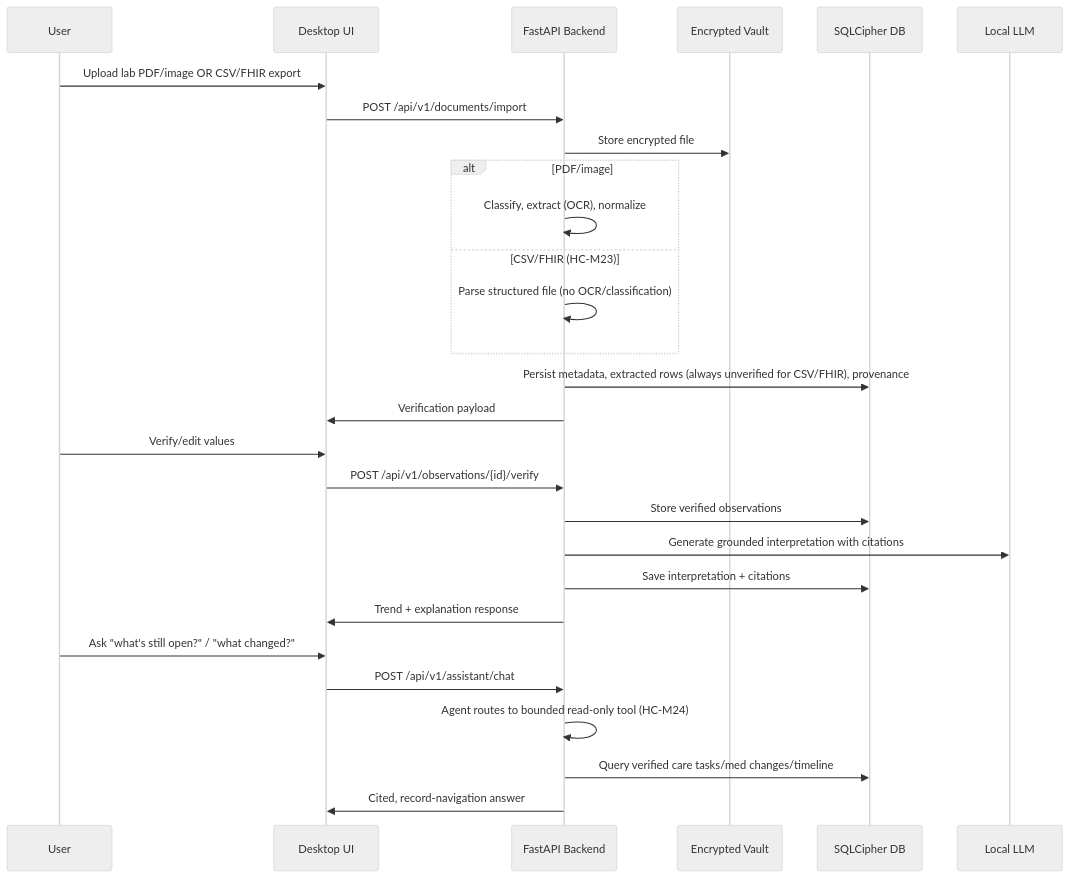
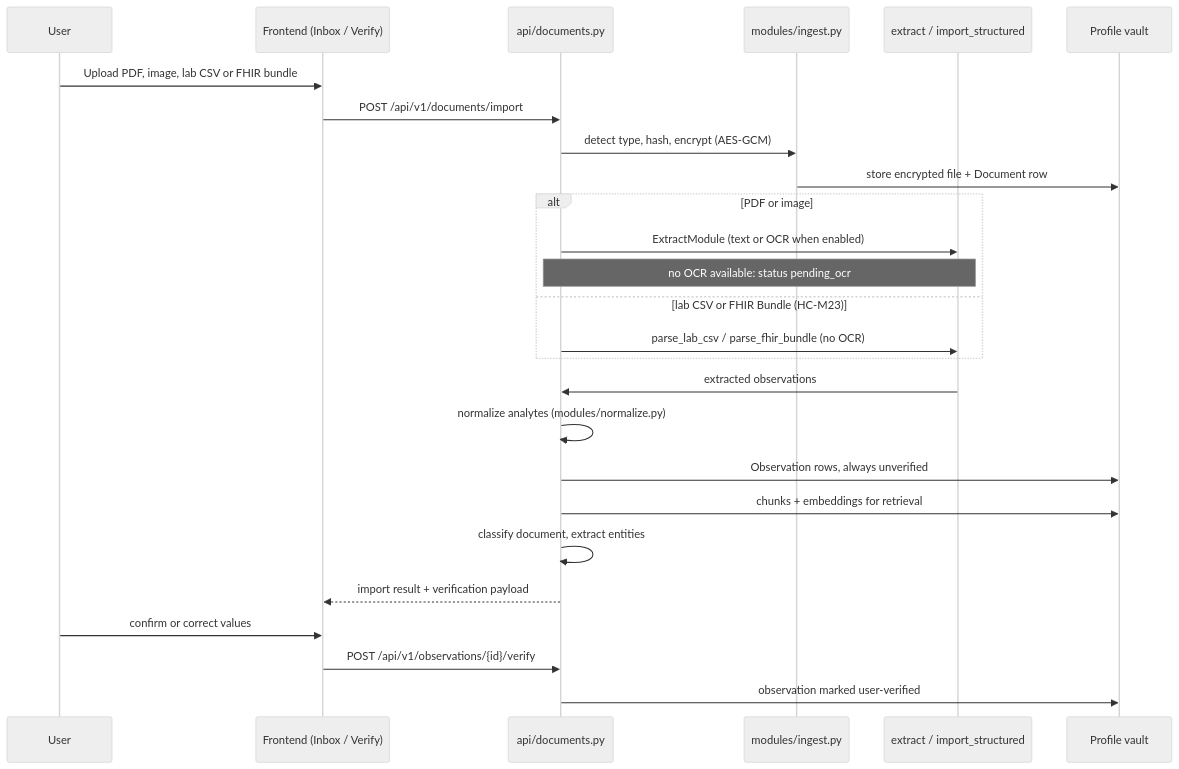
The third of 4 diagrams in README.md (BrooklynD23/HealthCentral), drawn with Mermaid (neutral theme) before and after one commit. The commit also changed other lines of this file and 11 other files, not shown here.

First line of the commit message:
docs: refresh README and architecture docs against the code

````diff
--- a/README.md
+++ b/README.md
@@ -166,31 +99,29 @@
 ```mermaid
 sequenceDiagram
     participant User
-    participant UI as Desktop UI
-    participant API as FastAPI Backend
-    participant Vault as Encrypted Vault
-    participant DB as SQLCipher DB
-    participant LLM as Local LLM
+    participant UI as Frontend (Inbox / Verify)
+    participant API as api/documents.py
+    participant Ingest as modules/ingest.py
+    participant Extract as extract / import_structured
+    participant Vault as Profile vault
 
-    User->>UI: Upload lab PDF/image OR CSV/FHIR export
+    User->>UI: Upload PDF, image, lab CSV or FHIR bundle
     UI->>API: POST /api/v1/documents/import
-    API->>Vault: Store encrypted file
-    alt PDF/image
-        API->>API: Classify, extract (OCR), normalize
-    else CSV/FHIR (HC-M23)
-        API->>API: Parse structured file (no OCR/classification)
+    API->>Ingest: detect type, hash, encrypt (AES-GCM)
+    Ingest->>Vault: store encrypted file + Document row
+    alt PDF or image
+        API->>Extract: ExtractModule (text or OCR when enabled)
+        Note over API,Extract: no OCR available: status pending_ocr
+    else lab CSV or FHIR Bundle (HC-M23)
+        API->>Extract: parse_lab_csv / parse_fhir_bundle (no OCR)
     end
-    API->>DB: Persist metadata, extracted rows (always unverified for CSV/FHIR), provenance
-    API->>UI: Verification payload
-    User->>UI: Verify/edit values
+    Extract->>API: extracted observations
+    API->>API: normalize analytes (modules/normalize.py)
+    API->>Vault: Observation rows, always unverified
+    API->>Vault: chunks + embeddings for retrieval
+    API->>API: classify document, extract entities
+    API-->>UI: import result + verification payload
+    User->>UI: confirm or correct values
     UI->>API: POST /api/v1/observations/{id}/verify
-    API->>DB: Store verified observations
-    API->>LLM: Generate grounded interpretation with citations
-    API->>DB: Save interpretation + citations
-    API->>UI: Trend + explanation response
-    User->>UI: Ask "what's still open?" / "what changed?"
-    UI->>API: POST /api/v1/assistant/chat
-    API->>API: Agent routes to bounded read-only tool (HC-M24)
-    API->>DB: Query verified care tasks/med changes/timeline
-    API->>UI: Cited, record-navigation answer
+    API->>Vault: observation marked user-verified
 ```
````
